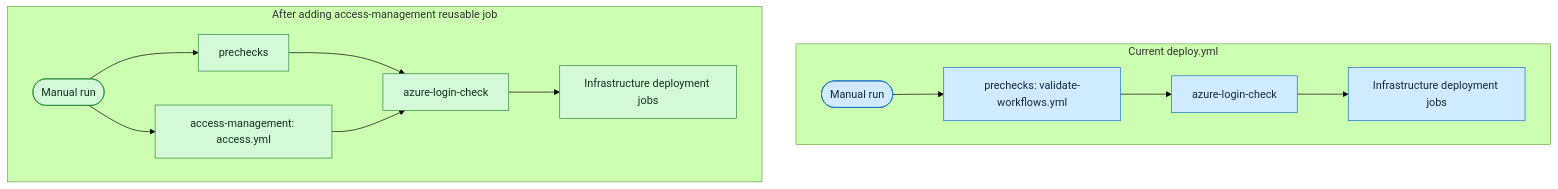
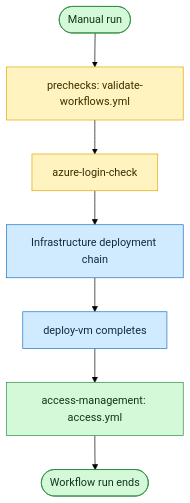
The sixth of 6 diagrams in docs/workflows/deploy.md (PROMETHEUS-N/pike_infra_eaas), drawn with Mermaid (forest theme) before and after one commit. The commit also changed other lines of this file, not shown here.

Commit message:
docs: correct access workflow integration and run graph

````diff
--- a/docs/workflows/deploy.md
+++ b/docs/workflows/deploy.md
@@ -544,19 +544,16 @@
 ```mermaid
 flowchart TD
- subgraph CURRENT["Current deploy.yml"]
-  A([Manual run]) --> B[prechecks: validate-workflows.yml]
-  B --> C[azure-login-check]
-  C --> D[Infrastructure deployment jobs]
- end
- subgraph OPTIONAL["After adding access-management reusable job"]
-  E([Manual run]) --> F[prechecks]
-  E --> G[access-management: access.yml]
-  F --> H[azure-login-check]
-  G --> H
-  H --> I[Infrastructure deployment jobs]
- end
- classDef current fill:#d0ebff,stroke:#1971c2,color:#102a43
- classDef optional fill:#d3f9d8,stroke:#2b8a3e,color:#12351b
- class A,B,C,D current
- class E,F,G,H,I optional
+ A([Manual run]) --> B[prechecks: validate-workflows.yml]
+ B --> C[azure-login-check]
+ C --> D[Infrastructure deployment chain]
+ D --> E[deploy-vm completes]
+ E --> F[access-management: access.yml]
+ F --> G([Workflow run ends])
+ classDef check fill:#fff3bf,stroke:#e0a800,color:#3d2c00
+ classDef infra fill:#d0ebff,stroke:#1971c2,color:#102a43
+ classDef access fill:#d3f9d8,stroke:#2b8a3e,color:#12351b
+ class A,G access
+ class B,C check
+ class D,E infra
+ class F access
 ```
````
